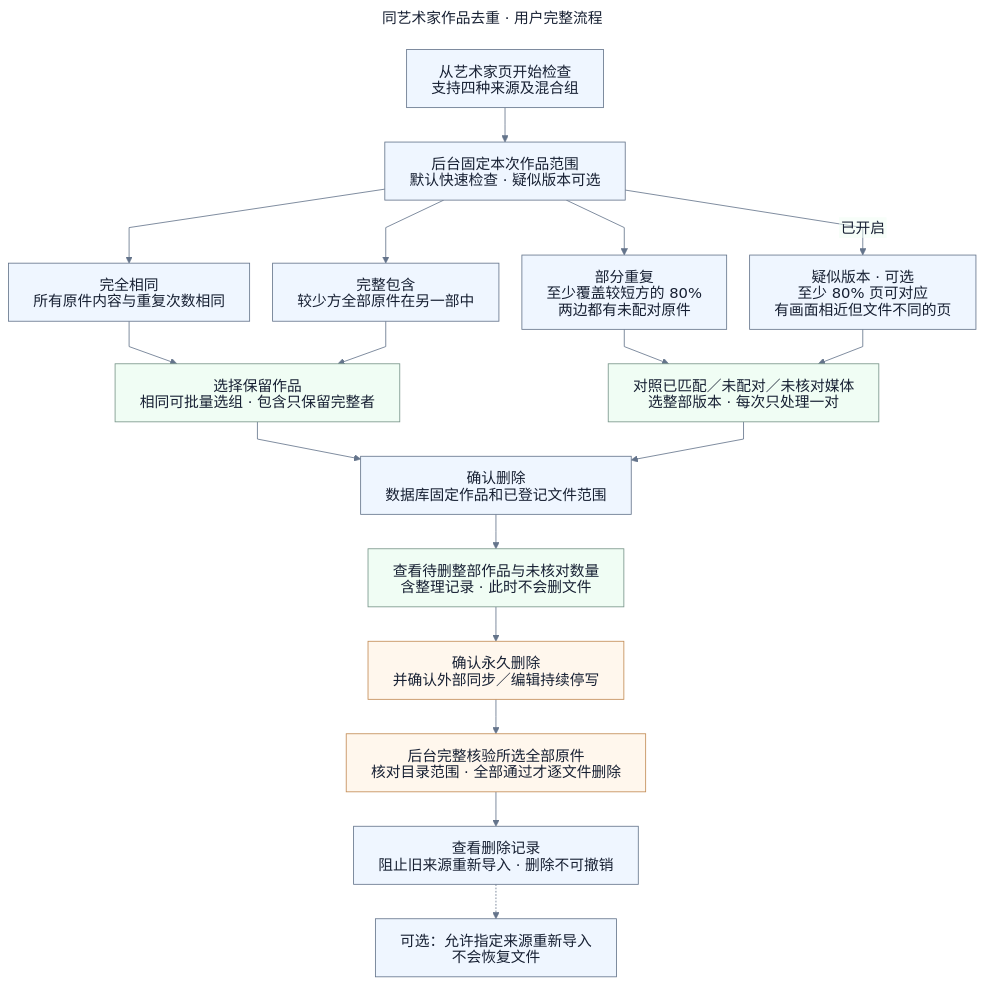
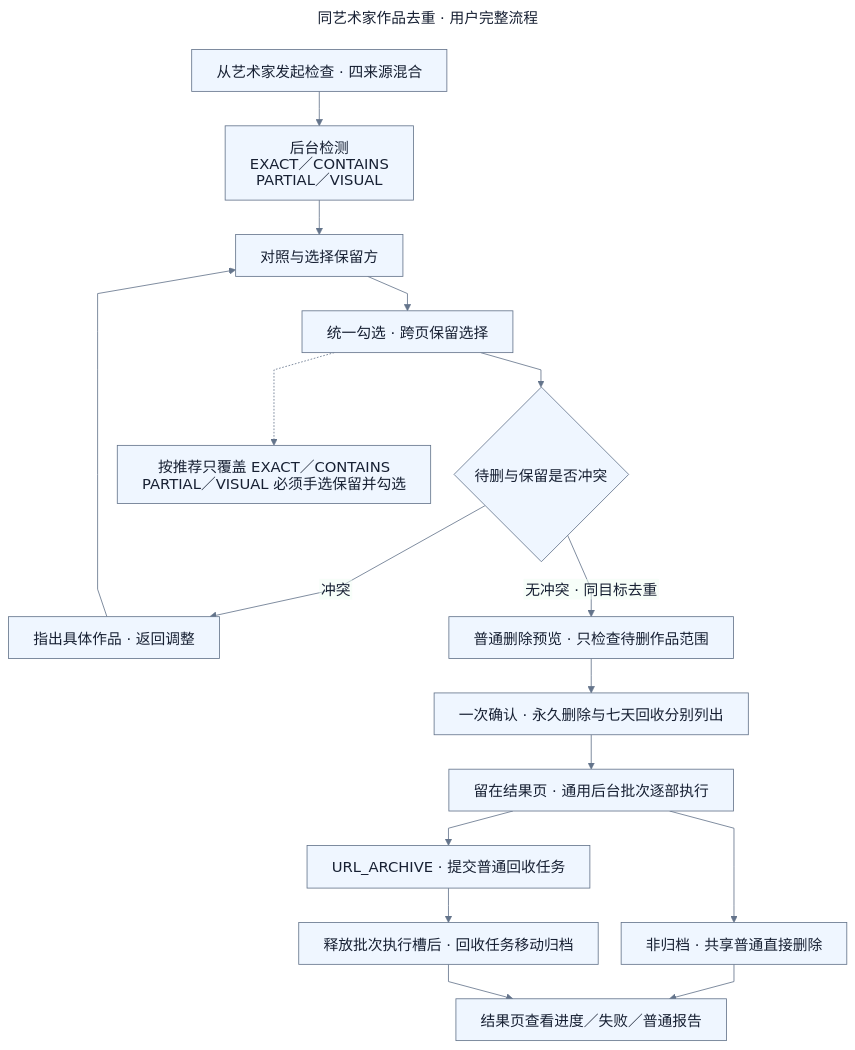
Before and after one commit to namehu/PixiShelf: the diagram in docs/diagrams/features/artwork-deduplication/business-flow.mmd, drawn with Mermaid. The commit also changed 91 other files, not shown here.

```diff
--- a/docs/diagrams/features/artwork-deduplication/business-flow.mmd
+++ b/docs/diagrams/features/artwork-deduplication/business-flow.mmd
@@ -1,48 +1,37 @@
 ---
 config:
   theme: base
   htmlLabels: false
   themeVariables:
     fontFamily: 'Arial, PingFang SC, Microsoft YaHei, sans-serif'
     fontSize: 18px
     background: '#ffffff'
     primaryColor: '#eff6ff'
     primaryTextColor: '#172033'
     primaryBorderColor: '#64748b'
     lineColor: '#64748b'
     secondaryColor: '#f0fdf4'
     tertiaryColor: '#fff7ed'
   flowchart:
     htmlLabels: false
     curve: linear
     nodeSpacing: 28
     rankSpacing: 42
     wrappingWidth: 340
 title: 同艺术家作品去重 · 用户完整流程
 ---
 flowchart TB
-  B01[从艺术家页开始检查<br/>支持四种来源及混合组]
-  B02[后台固定本次作品范围<br/>默认快速检查 · 疑似版本可选]
-  B03[完全相同<br/>所有原件内容与重复次数相同]
-  B04[完整包含<br/>较少方全部原件在另一部中]
-  B05[部分重复<br/>至少覆盖较短方的 80%<br/>两边都有未配对原件]
-  B06[疑似版本 · 可选<br/>至少 80% 页可对应<br/>有画面相近但文件不同的页]
-  B07[选择保留作品<br/>相同可批量选组 · 包含只保留完整者]
-  B08[对照已匹配／未配对／未核对媒体<br/>选整部版本 · 每次只处理一对]
-  B09[确认删除<br/>数据库固定作品和已登记文件范围]
-  B10[查看待删整部作品与未核对数量<br/>含整理记录 · 此时不会删文件]
-  B11[确认永久删除<br/>并确认外部同步／编辑持续停写]
-  B12[后台完整核验所选全部原件<br/>核对目录范围 · 全部通过才逐文件删除]
-  B13[查看删除记录<br/>阻止旧来源重新导入 · 删除不可撤销]
-  B14[可选：允许指定来源重新导入<br/>不会恢复文件]
-  B01 --> B02
-  B02 --> B03 & B04 & B05
-  B02 -->|已开启| B06
-  B03 & B04 --> B07
-  B05 & B06 --> B08
-  B07 & B08 --> B09 --> B10 --> B11 --> B12 --> B13
-  B13 -.-> B14
-  classDef review fill:#f0fdf4,stroke:#779489
-  classDef danger fill:#fff7ed,stroke:#c28b54
-  class B07,B08,B10 review
-  class B11,B12 danger
+  A[从艺术家发起检查 · 四来源混合] --> B[后台检测<br/>EXACT／CONTAINS<br/>PARTIAL／VISUAL]
+  B --> C[对照与选择保留方]
+  C --> D[统一勾选 · 跨页保留选择]
+  D --> E{待删与保留是否冲突}
+  E -->|冲突| F[指出具体作品 · 返回调整]
+  F --> C
+  E -->|无冲突 · 同目标去重| G[普通删除预览 · 只检查待删作品范围]
+  G --> H[一次确认 · 永久删除与七天回收分别列出]
+  H --> I[留在结果页 · 通用后台批次逐部执行]
+  I --> J[非归档 · 共享普通直接删除]
+  I --> K[URL_ARCHIVE · 提交普通回收任务]
+  K --> L[释放批次执行槽后 · 回收任务移动归档]
+  J & L --> M[结果页查看进度／失败／普通报告]
+  D -.-> N[按推荐只覆盖 EXACT／CONTAINS<br/>PARTIAL／VISUAL 必须手选保留并勾选]
```
